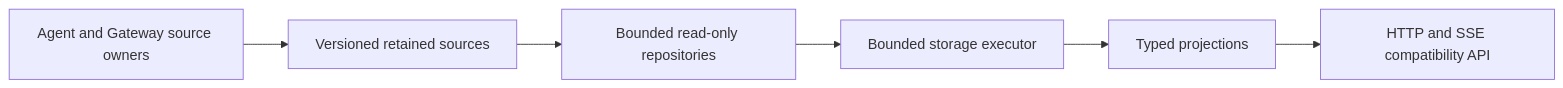
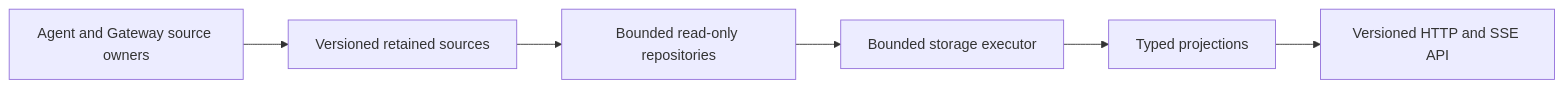
The first of 2 diagrams in week2_capable/observatory_v3/backend/README.md (IbnouT/claude-code-camp-2026-Q2), drawn with Mermaid before and after one commit. The commit also changed other lines of this file and 33 other files, not shown here.

````diff
--- a/week2_capable/observatory_v3/backend/README.md
+++ b/week2_capable/observatory_v3/backend/README.md
@@ -5,8 +5,8 @@
 ```mermaid
 flowchart LR
     Owners["Agent and Gateway source owners"] --> Sources["Versioned retained sources"]
     Sources --> Repositories["Bounded read-only repositories"]
     Repositories --> Workers["Bounded storage executor"]
     Workers --> Projectors["Typed projections"]
-    Projectors --> API["HTTP and SSE compatibility API"]
+    Projectors --> API["Versioned HTTP and SSE API"]
 ```
````
